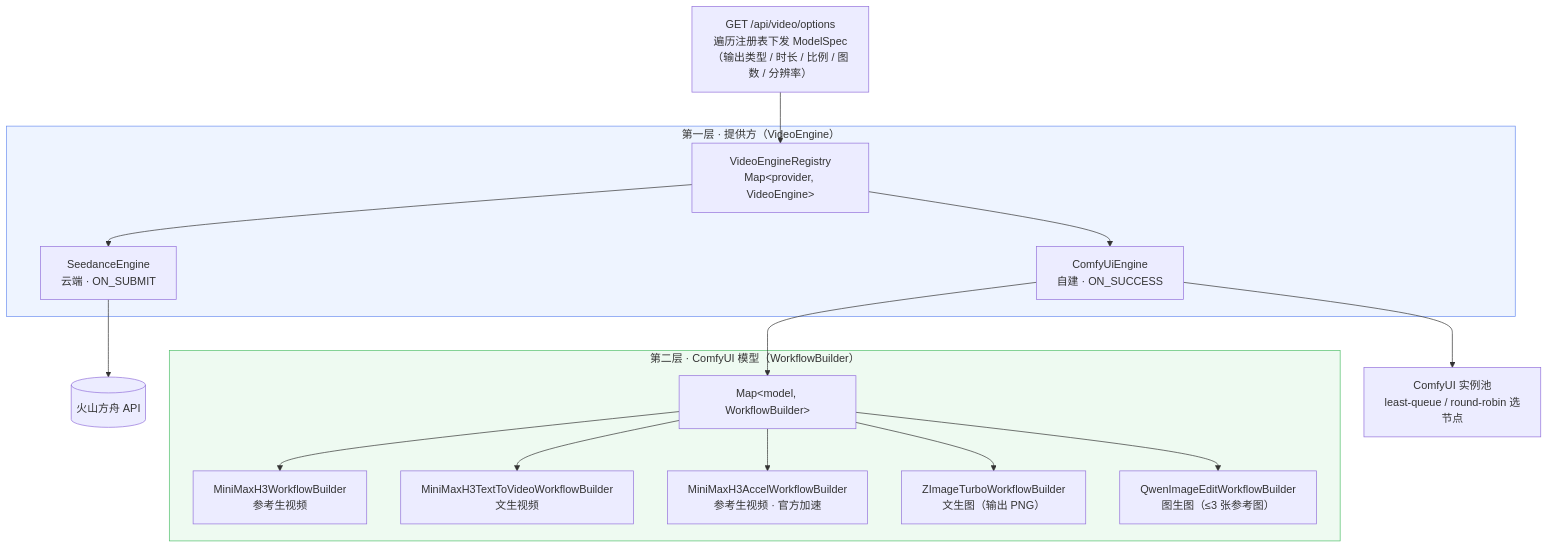
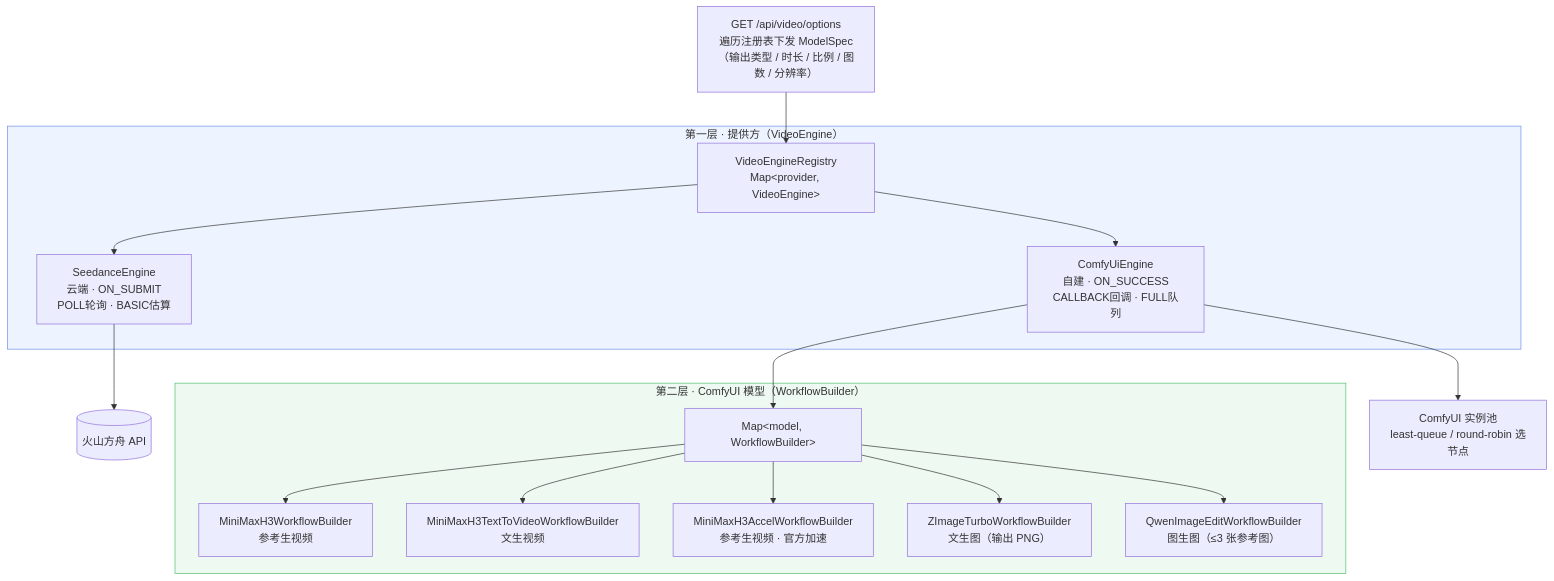
Before and after one commit to rain10200918/SeedanceGenarate: the second of 4 diagrams in README.md, drawn with Mermaid. The commit also changed other lines of this file and 8 other files, not shown here.

````diff
--- a/README.md
+++ b/README.md
@@ -135,29 +166,29 @@
 ```mermaid
 flowchart TD
     OPT["GET /api/video/options<br/>遍历注册表下发 ModelSpec<br/>（输出类型 / 时长 / 比例 / 图数 / 分辨率）"] --> REG
 
     subgraph L1["第一层 · 提供方（VideoEngine）"]
         REG["VideoEngineRegistry<br/>Map&lt;provider, VideoEngine&gt;"]
-        SE["SeedanceEngine<br/>云端 · ON_SUBMIT"]
-        CE["ComfyUiEngine<br/>自建 · ON_SUCCESS"]
+        SE["SeedanceEngine<br/>云端 · ON_SUBMIT<br/>POLL轮询 · BASIC估算"]
+        CE["ComfyUiEngine<br/>自建 · ON_SUCCESS<br/>CALLBACK回调 · FULL队列"]
         REG --> SE
         REG --> CE
     end
 
     subgraph L2["第二层 · ComfyUI 模型（WorkflowBuilder）"]
         CE --> WM["Map&lt;model, WorkflowBuilder&gt;"]
         WM --> M1["MiniMaxH3WorkflowBuilder<br/>参考生视频"]
         WM --> M2["MiniMaxH3TextToVideoWorkflowBuilder<br/>文生视频"]
         WM --> M3["MiniMaxH3AccelWorkflowBuilder<br/>参考生视频 · 官方加速"]
         WM --> M4["ZImageTurboWorkflowBuilder<br/>文生图（输出 PNG）"]
         WM --> M5["QwenImageEditWorkflowBuilder<br/>图生图（≤3 张参考图）"]
     end
 
     SD[("火山方舟 API")]
     CF["ComfyUI 实例池<br/>least-queue / round-robin 选节点"]
     SE --> SD
     CE --> CF
 
     style L1 fill:#eef4ff,stroke:#6b8ef0
     style L2 fill:#eefaf1,stroke:#4fbf6a
 ```
````
